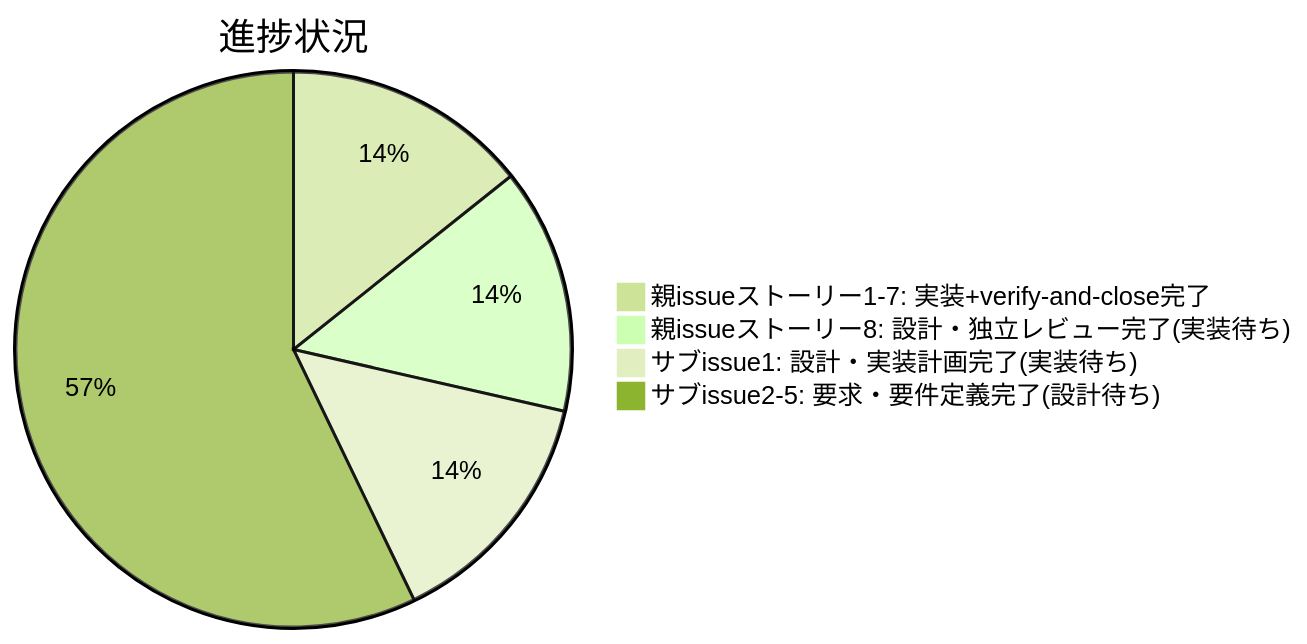
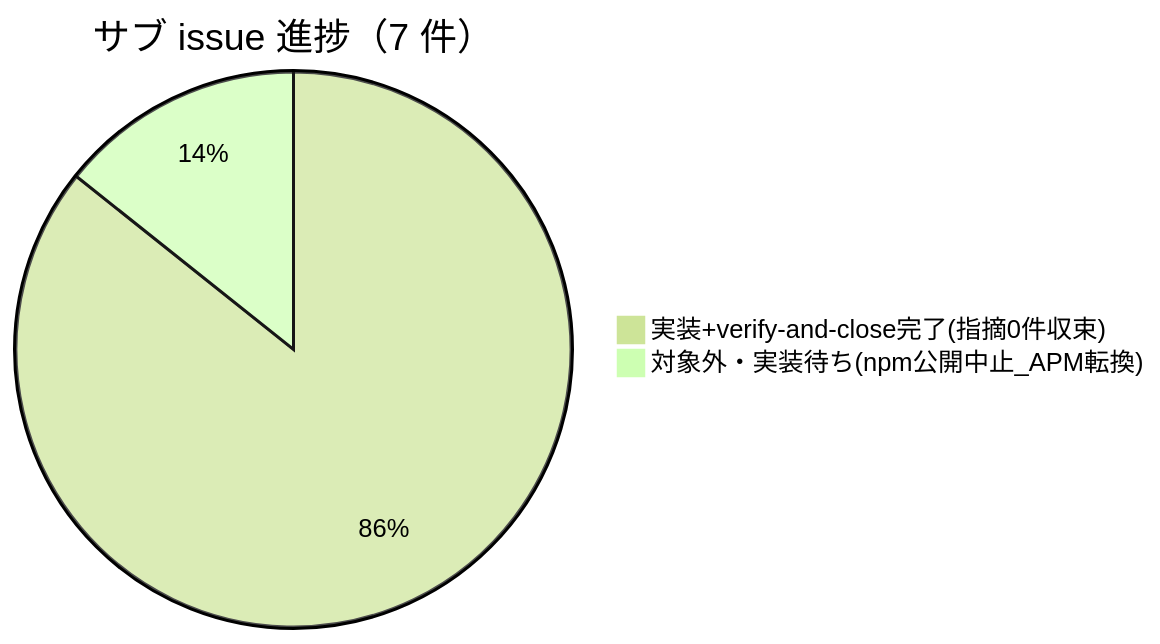
Before and after one commit to techbeansjp-free/AGENTS.md: the diagram in docs/maintainer/workflow/20260711_015030_agentsOS汎用化_ポリシー統合/90_issues.md, drawn with Mermaid (forest theme). The commit also changed other lines of this file and 70 other files, not shown here.

````diff
--- a/docs/maintainer/workflow/20260711_015030_agentsOS汎用化_ポリシー統合/90_issues.md
+++ b/docs/maintainer/workflow/20260711_015030_agentsOS汎用化_ポリシー統合/90_issues.md
@@ -102,7 +105,5 @@
 ```mermaid
-pie title 進捗状況
-    "親issueストーリー1-7: 実装+verify-and-close完了" : 1
-    "親issueストーリー8: 設計・独立レビュー完了(実装待ち)" : 1
-    "サブissue1: 設計・実装計画完了(実装待ち)" : 1
-    "サブissue2-5: 要求・要件定義完了(設計待ち)" : 4
+pie title サブ issue 進捗（7 件）
+    "実装+verify-and-close完了(指摘0件収束)" : 6
+    "対象外・実装待ち(npm公開中止_APM転換)" : 1
 ```
````
